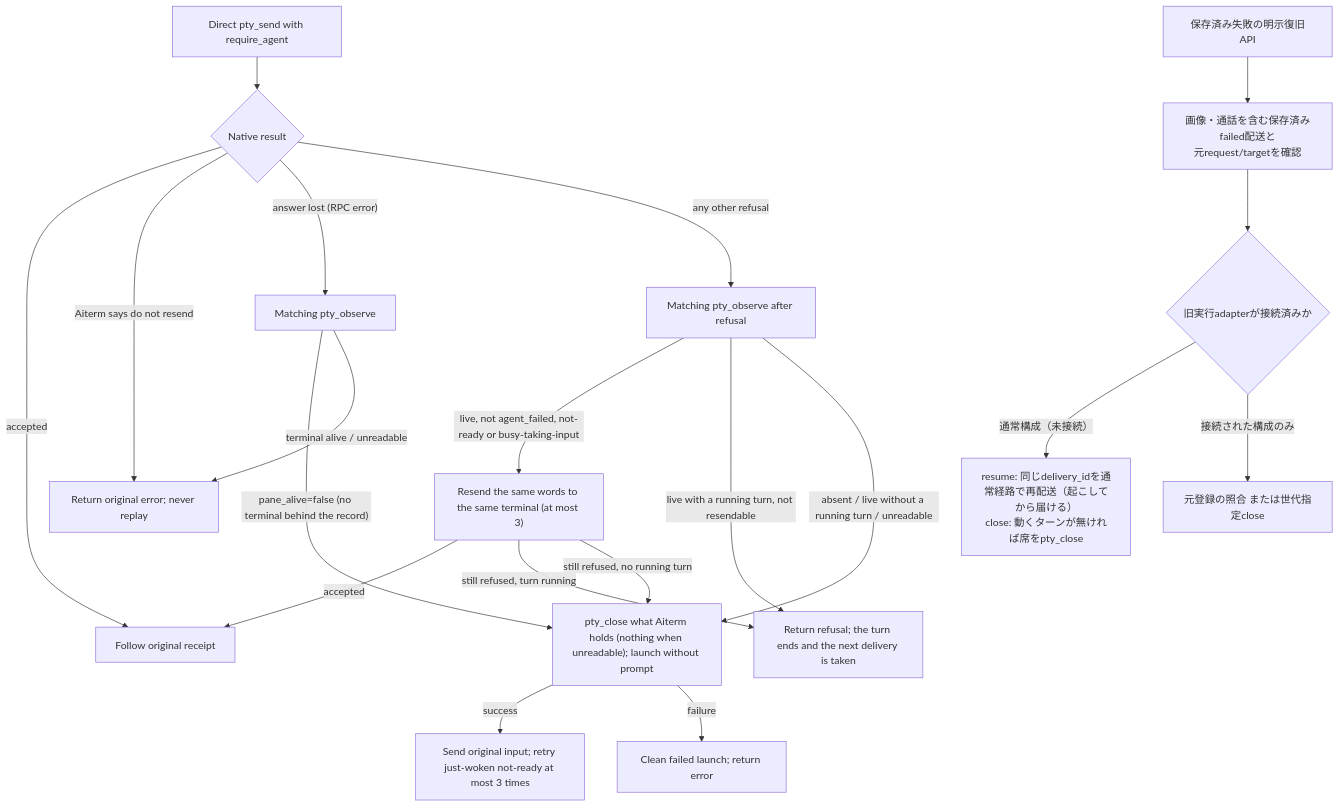
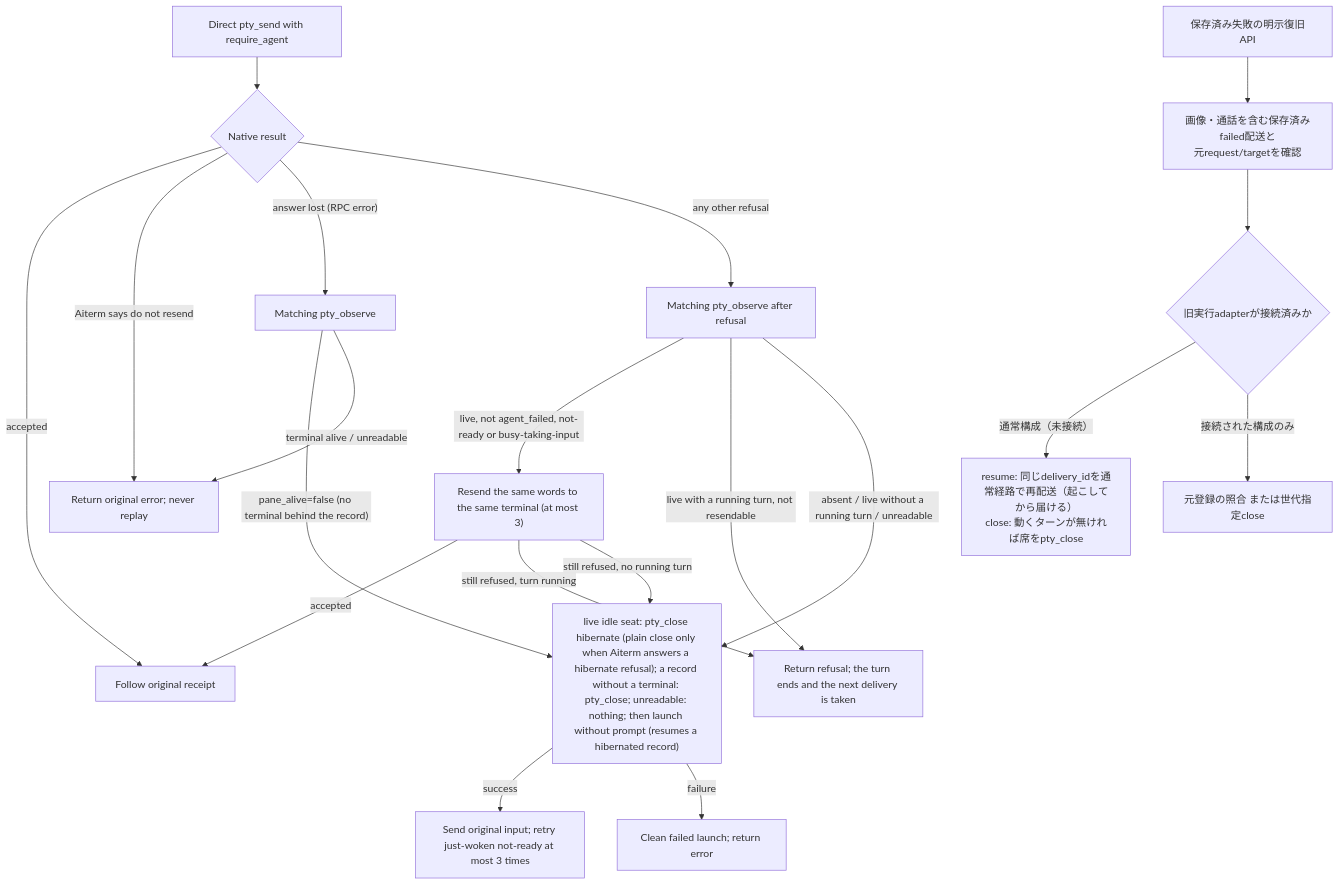
Before and after one commit to kitepon/BellTeam: the second of 2 diagrams in docs/architecture/delivery-details.md, drawn with Mermaid. The commit also changed other lines of this file and 3 other files, not shown here.

First line of the commit message:
Hibernate a live seat before the delivery recovery relaunch; keep Aiterm's failure code

````diff
--- a/docs/architecture/delivery-details.md
+++ b/docs/architecture/delivery-details.md
@@ -49,22 +49,22 @@
 ```mermaid
 flowchart TD
   Send["Direct pty_send with require_agent"] --> Reply{"Native result"}
   Reply -->|accepted| Accepted["Follow original receipt"]
   Reply -->|"Aiterm says do not resend"| Fail["Return original error; never replay"]
   Reply -->|"answer lost (RPC error)"| Lost["Matching pty_observe"]
   Lost -->|"pane_alive=false (no terminal behind the record)"| Launch
   Lost -->|"terminal alive / unreadable"| Fail
   Reply -->|"any other refusal"| Observe["Matching pty_observe after refusal"]
   Observe -->|"live, not agent_failed, not-ready or busy-taking-input"| Again["Resend the same words to the same terminal (at most 3)"]
   Again -->|accepted| Accepted
   Again -->|"still refused, turn running"| Keep["Return refusal; the turn ends and the next delivery is taken"]
   Again -->|"still refused, no running turn"| Launch
   Observe -->|"live with a running turn, not resendable"| Keep
-  Observe -->|"absent / live without a running turn / unreadable"| Launch["pty_close what Aiterm holds (nothing when unreadable); launch without prompt"]
+  Observe -->|"absent / live without a running turn / unreadable"| Launch["live idle seat: pty_close hibernate (plain close only when Aiterm answers a hibernate refusal); a record without a terminal: pty_close; unreadable: nothing; then launch without prompt (resumes a hibernated record)"]
   Launch -->|success| Once["Send original input; retry just-woken not-ready at most 3 times"]
   Launch -->|failure| Cleanup["Clean failed launch; return error"]
   Explicit["保存済み失敗の明示復旧API"] --> Eligible["画像・通話を含む保存済みfailed配送と<br/>元request/targetを確認"]
   Eligible --> Adapter{"旧実行adapterが接続済みか"}
   Adapter -->|"通常構成（未接続）"| Ordinary["resume: 同じdelivery_idを通常経路で再配送（起こしてから届ける）<br/>close: 動くターンが無ければ席をpty_close"]
   Adapter -->|"接続された構成のみ"| Reconcile["元登録の照合 または世代指定close"]
 ```
````
